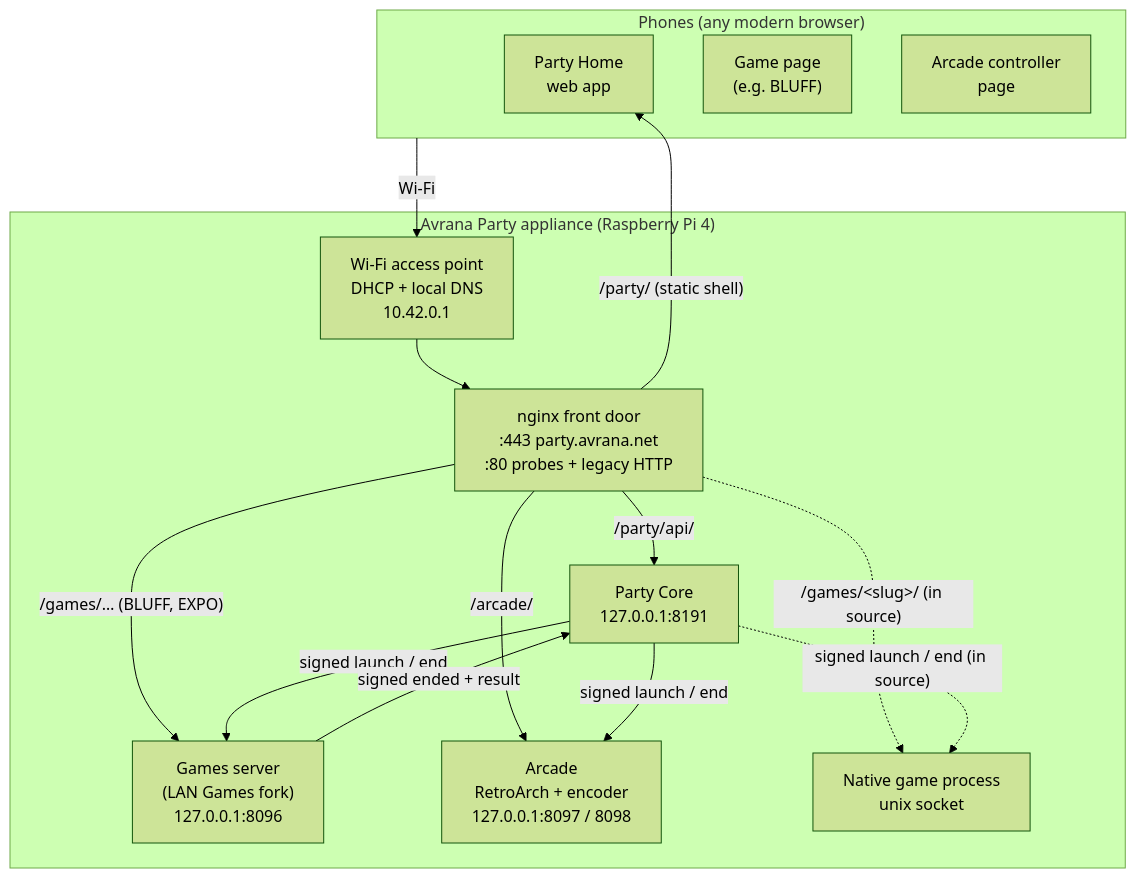
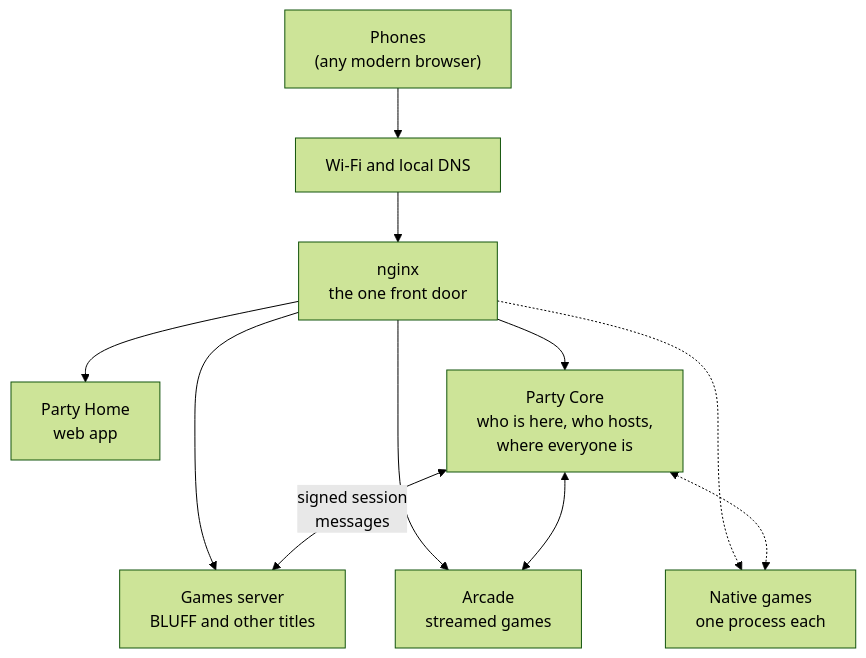
One commit to rcnechamkin/avrana-party-docs changed the diagram in docs/architecture/index.md. Above: the diagram before and after it, drawn with Mermaid (forest theme). The commit also changed other lines of this file and 35 other files, not shown here.

First line of the commit message:
Refine navigation, landing page, diagrams and editorial structure

````diff
--- a/docs/architecture/index.md
+++ b/docs/architecture/index.md
@@ -25,28 +22,21 @@
 ```mermaid
 flowchart TB
-  subgraph phones["Phones (any modern browser)"]
-    P1["Party Home<br/>web app"]
-    P2["Game page<br/>(e.g. BLUFF)"]
-    P3["Arcade controller<br/>page"]
-  end
+  PH["Phones<br/>(any modern browser)"]
+  NET["Wi-Fi and local DNS"]
+  NGX["nginx<br/>the one front door"]
+  HOME["Party Home<br/>web app"]
+  CORE["Party Core<br/>who is here, who hosts,<br/>where everyone is"]
+  GAMES["Games server<br/>BLUFF and other titles"]
+  ARC["Arcade<br/>streamed games"]
+  NAT["Native games<br/>one process each"]
 
-  subgraph pi["Avrana Party appliance (Raspberry Pi 4)"]
-    AP["Wi-Fi access point<br/>DHCP + local DNS<br/>10.42.0.1"]
-    NGX["nginx front door<br/>:443 party.avrana.net<br/>:80 probes + legacy HTTP"]
-    CORE["Party Core<br/>127.0.0.1:8191"]
-    GAMES["Games server<br/>(LAN Games fork)<br/>127.0.0.1:8096"]
-    ARC["Arcade<br/>RetroArch + encoder<br/>127.0.0.1:8097 / 8098"]
-    NATIVE["Native game process<br/>unix socket"]
-  end
-
-  phones -- "Wi-Fi" --> AP --> NGX
-  NGX -- "/party/ (static shell)" --> P1
-  NGX -- "/party/api/" --> CORE
-  NGX -- "/games/… (BLUFF, EXPO)" --> GAMES
-  NGX -- "/arcade/" --> ARC
-  NGX -. "/games/&lt;slug&gt;/ (in source)" .-> NATIVE
-  CORE -- "signed launch / end" --> GAMES
-  GAMES -- "signed ended + result" --> CORE
-  CORE -- "signed launch / end" --> ARC
-  CORE -. "signed launch / end (in source)" .-> NATIVE
+  PH --> NET --> NGX
+  NGX --> HOME
+  NGX --> CORE
+  NGX --> GAMES
+  NGX --> ARC
+  NGX -.-> NAT
+  CORE <-- "signed session<br/>messages" --> GAMES
+  CORE <--> ARC
+  CORE <-.-> NAT
 ```
````
